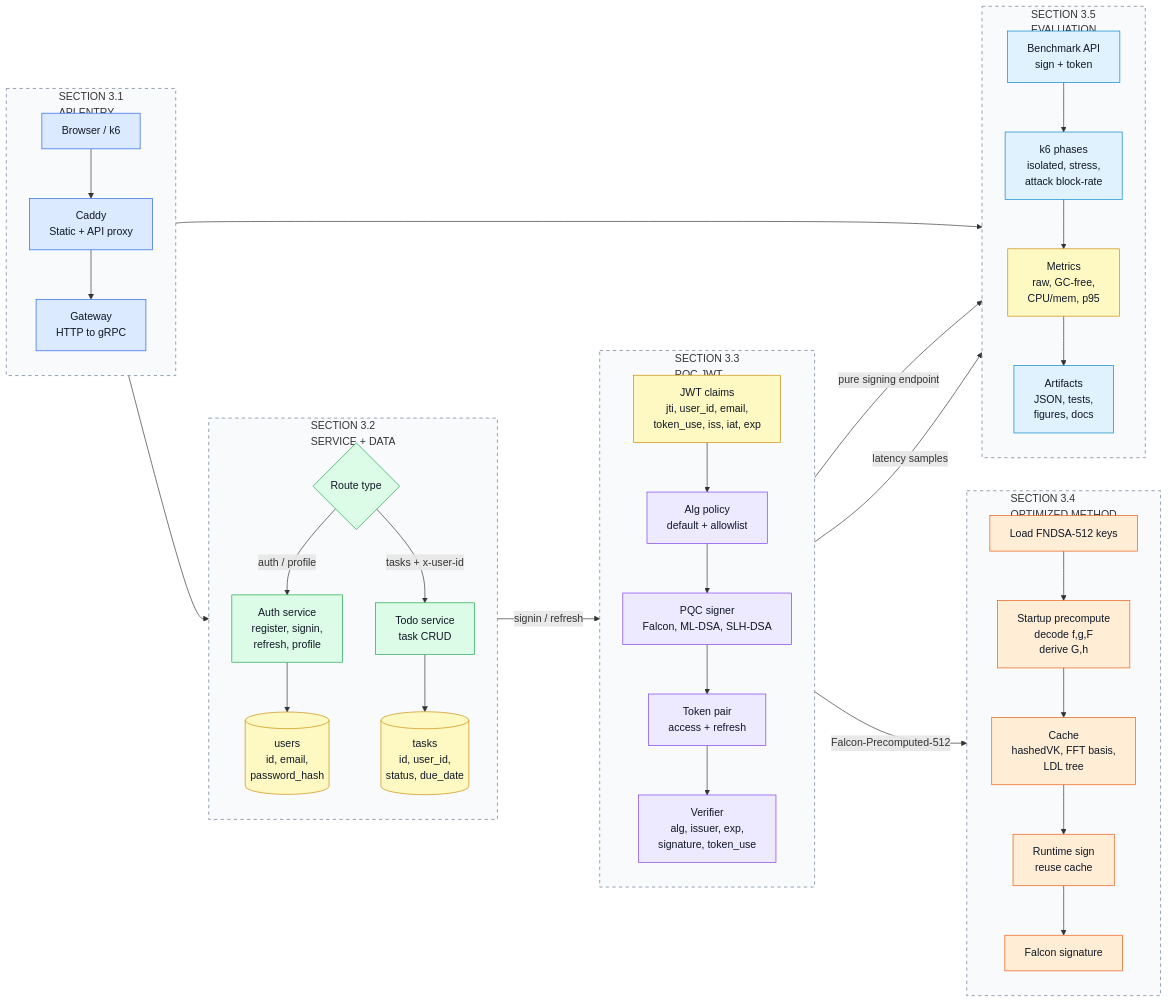
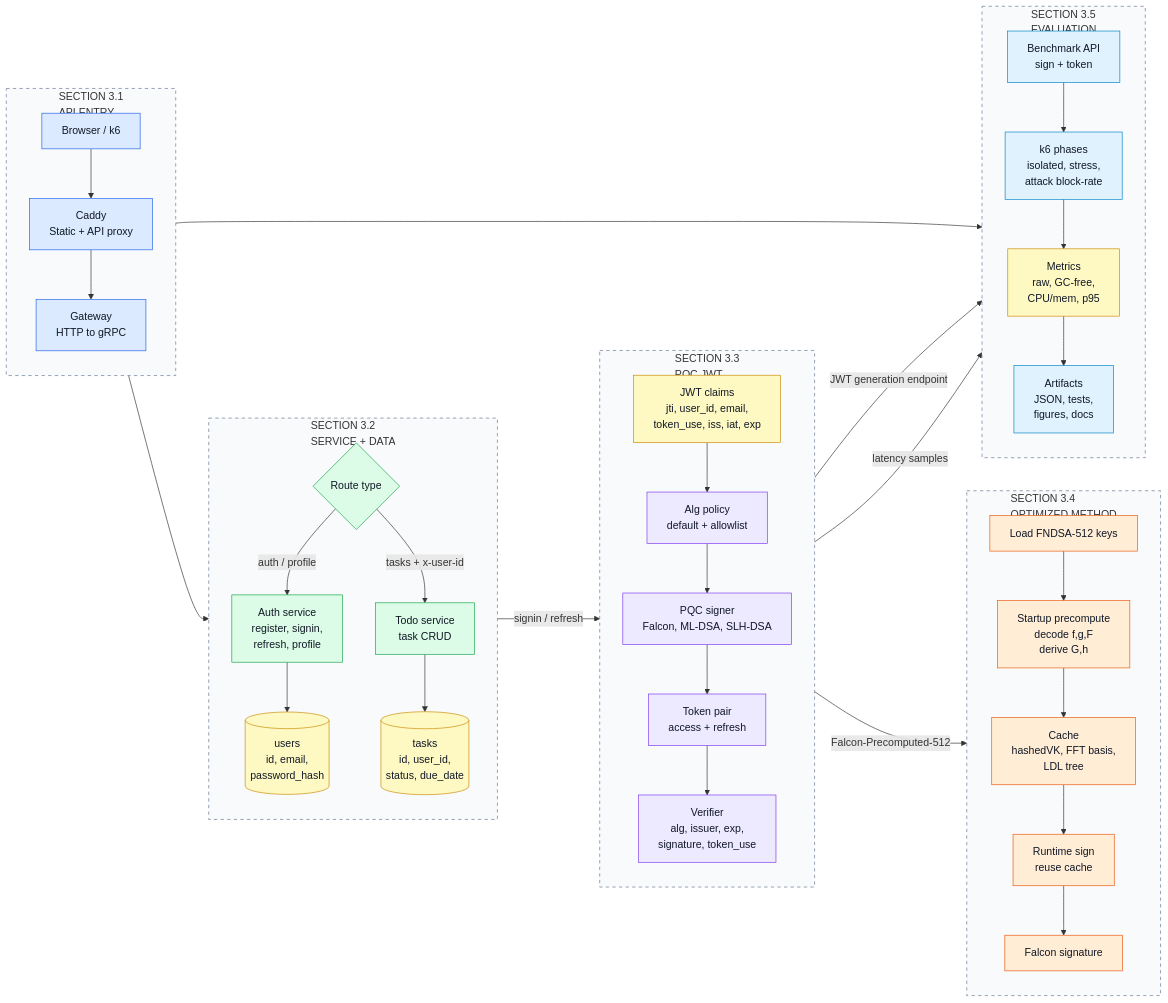
Before and after one commit to ridwanmuh3/tasktify: the first of 8 diagrams in docs/research-system-architecture.md, drawn with Mermaid. The commit also changed other lines of this file and 9 other files, not shown here.

```diff
--- a/docs/research-system-architecture.md
+++ b/docs/research-system-architecture.md
@@ -75,7 +75,7 @@
   gateway --> bench_api
   auth_svc -->|"signin / refresh"| claims
   signer -->|"Falcon-Precomputed-512"| key_load
-  signer -->|"pure signing endpoint"| bench_api
+  signer -->|"JWT generation endpoint"| bench_api
   signer -->|"latency samples"| metrics
 
   classDef entry fill:#dbeafe,stroke:#2563eb,color:#111827
```
